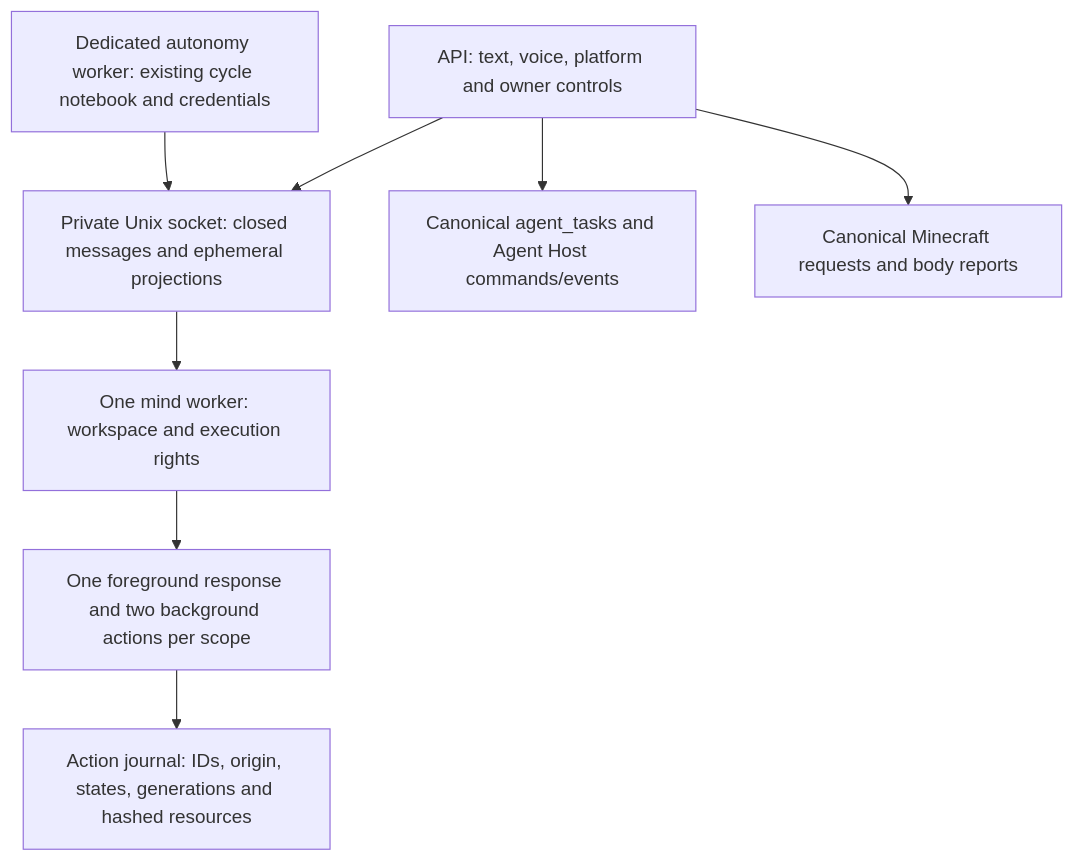
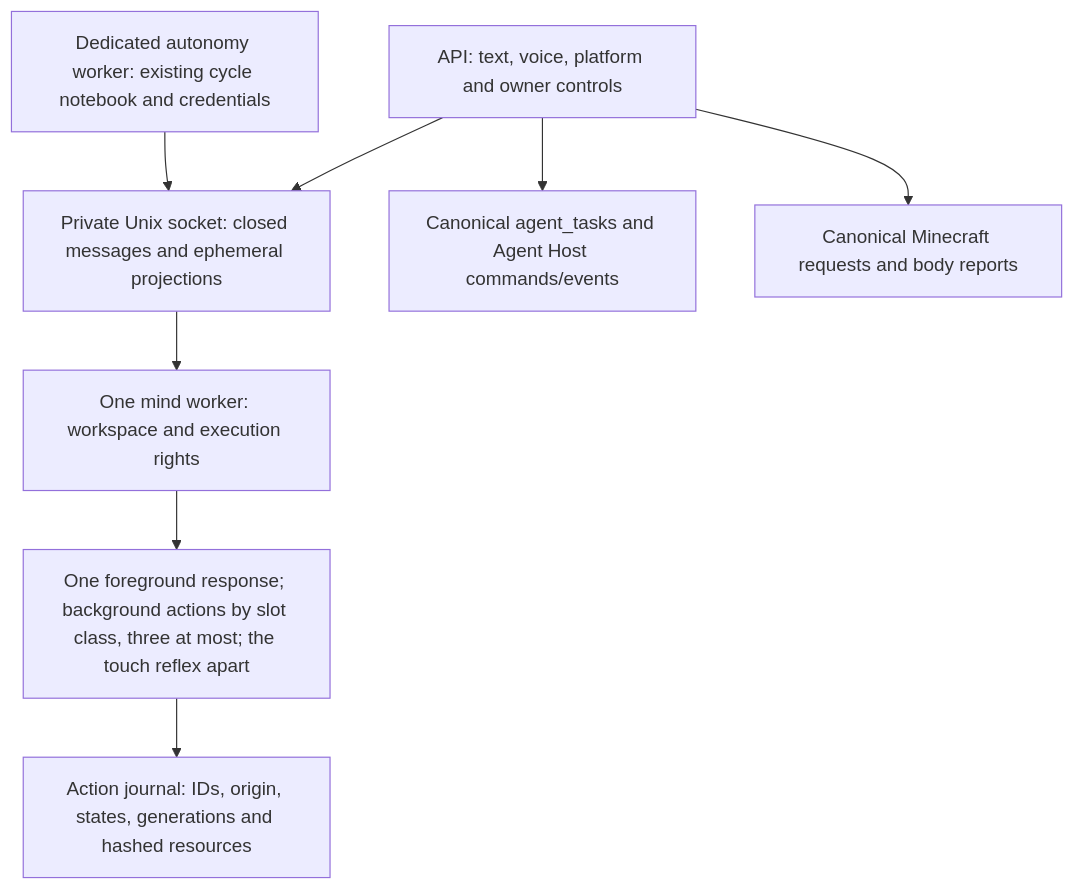
One commit to R41R41/shannon-ios changed the diagram in docs/action-threads-contract.md. Above: the diagram before and after it, drawn with Mermaid. The commit also changed other lines of this file and 45 other files, not shown here.

````diff
--- a/docs/action-threads-contract.md
+++ b/docs/action-threads-contract.md
@@ -10,10 +10,10 @@
 ```mermaid
 flowchart TD
   API[API: text, voice, platform and owner controls] --> IPC[Private Unix socket: closed messages and ephemeral projections]
   Own[Dedicated autonomy worker: existing cycle notebook and credentials] --> IPC
   IPC --> Mind[One mind worker: workspace and execution rights]
-  Mind --> Slots[One foreground response and two background actions per scope]
+  Mind --> Slots[One foreground response; background actions by slot class, three at most; the touch reflex apart]
   Slots --> Notebook[Action journal: IDs, origin, states, generations and hashed resources]
   API --> Agent[Canonical agent_tasks and Agent Host commands/events]
   API --> Body[Canonical Minecraft requests and body reports]
 ```
````
